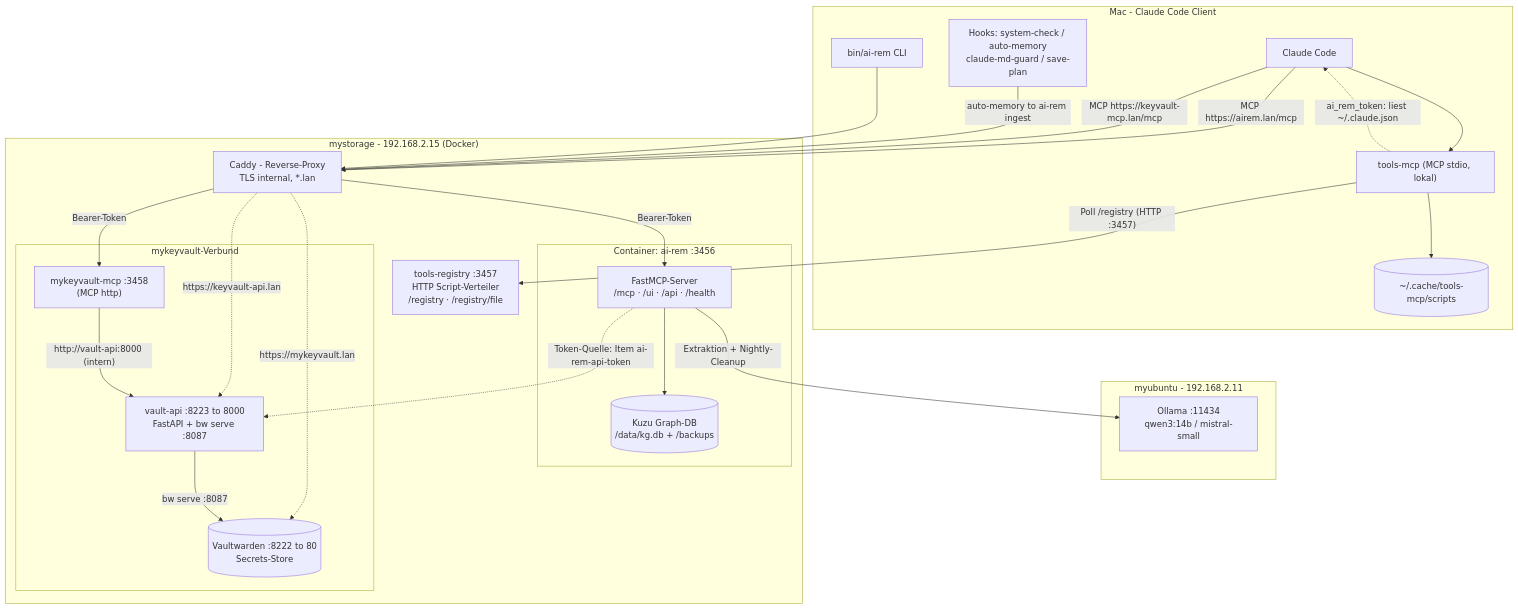
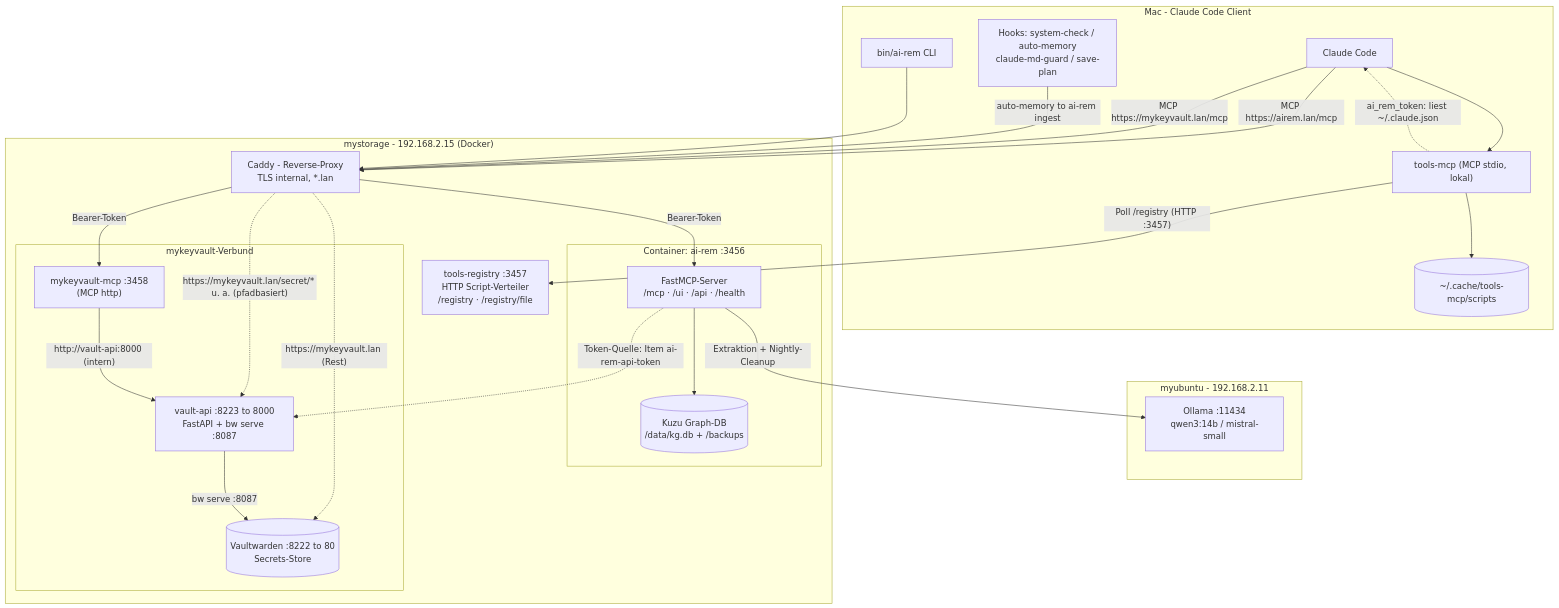
The diagram in docs/architecture-diagram.mmd (markus7h/ai-rem), drawn with Mermaid before and after one commit. The commit also changed 5 other files, not shown here.

First line of the commit message:
docs: Hostnamen-Konsolidierung mykeyvault.lan in Architektur-Doku + Example-Config (v0.4.15)

```diff
--- a/docs/architecture-diagram.mmd
+++ b/docs/architecture-diagram.mmd
@@ -1,53 +1,53 @@
 flowchart TB
   subgraph MAC["Mac - Claude Code Client"]
     CC["Claude Code"]
     HOOKS["Hooks: system-check / auto-memory<br/>claude-md-guard / save-plan"]
     CLI["bin/ai-rem CLI"]
     TMCP["tools-mcp (MCP stdio, lokal)"]
     CACHE[("~/.cache/tools-mcp/scripts")]
   end
 
   subgraph UBU["myubuntu - 192.168.2.11"]
     OLLAMA["Ollama :11434<br/>qwen3:14b / mistral-small"]
   end
 
   subgraph STORAGE["mystorage - 192.168.2.15 (Docker)"]
     CADDY["Caddy - Reverse-Proxy<br/>TLS internal, *.lan"]
     subgraph AIREM_C["Container: ai-rem :3456"]
       AIREM["FastMCP-Server<br/>/mcp · /ui · /api · /health"]
       KUZU[("Kuzu Graph-DB<br/>/data/kg.db + /backups")]
     end
     subgraph KV["mykeyvault-Verbund"]
       KVMCP["mykeyvault-mcp :3458<br/>(MCP http)"]
       VAPI["vault-api :8223 to 8000<br/>FastAPI + bw serve :8087"]
       VW[("Vaultwarden :8222 to 80<br/>Secrets-Store")]
     end
     REG["tools-registry :3457<br/>HTTP Script-Verteiler<br/>/registry · /registry/file"]
   end
 
   %% MCP-Kanaele (Bearer-Token ai-rem-api-token)
   CC -- "MCP https://airem.lan/mcp" --> CADDY
-  CC -- "MCP https://keyvault-mcp.lan/mcp" --> CADDY
+  CC -- "MCP https://mykeyvault.lan/mcp" --> CADDY
   CADDY -- "Bearer-Token" --> AIREM
   CADDY -- "Bearer-Token" --> KVMCP
-  CADDY -. "https://keyvault-api.lan" .-> VAPI
-  CADDY -. "https://mykeyvault.lan" .-> VW
+  CADDY -. "https://mykeyvault.lan/secret/* u. a. (pfadbasiert)" .-> VAPI
+  CADDY -. "https://mykeyvault.lan (Rest)" .-> VW
 
   %% tools-mcp lokal
   CC --> TMCP
   TMCP -- "Poll /registry (HTTP :3457)" --> REG
   TMCP --> CACHE
   TMCP -. "ai_rem_token: liest ~/.claude.json" .-> CC
 
   %% Hooks und CLI
   HOOKS -- "auto-memory to ai-rem ingest" --> CADDY
   CLI --> CADDY
 
   %% ai-rem Abhaengigkeiten
   AIREM --> KUZU
   AIREM -- "Extraktion + Nightly-Cleanup" --> OLLAMA
 
   %% Secrets-Fluss
   KVMCP -- "http://vault-api:8000 (intern)" --> VAPI
   VAPI -- "bw serve :8087" --> VW
   AIREM -. "Token-Quelle: Item ai-rem-api-token" .-> VAPI
```
